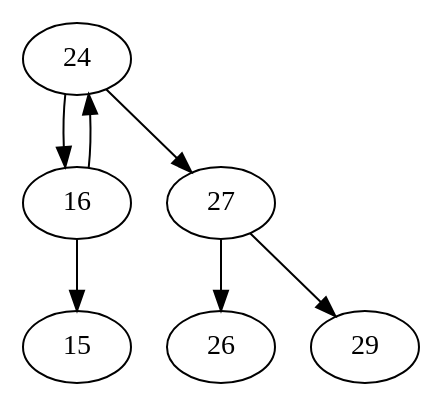
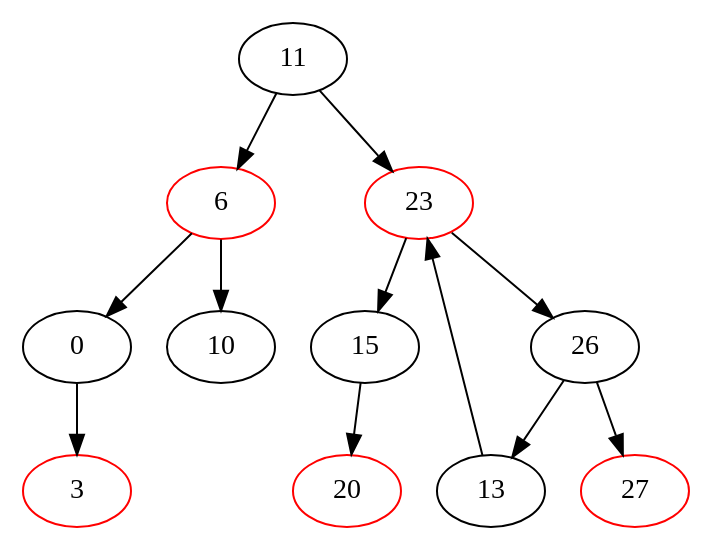
One commit to josephmate/josephmate.github.io changed the diagram in graphviz/red_black_tree_cycle.gv. Above: the diagram before and after it, drawn with Graphviz. The commit also changed 3 other files, not shown here.

```diff
--- a/graphviz/red_black_tree_cycle.gv
+++ b/graphviz/red_black_tree_cycle.gv
@@ -1,19 +1,46 @@
 digraph {
 # Loop detected
-#     15:BLACK
-#   16:BLACK
-#     24:RED CYCLE
-# 24:RED
-#     26:RED
-#   27:BLACK
-#     29:RED
+#    0:BLACK
+#      3:RED
+#  6:RED
+#    10:BLACK
+#11:BLACK
+#    15:BLACK
+#      20:RED
+#  23:RED
+#      13:BLACK
+#        23:RED CYCLE
+#    26:BLACK
+#      27:RED
 
-24 -> 16
-24 -> 27
+11 [color="black"]
+6 [color="red"]
+23 [color="red"]
+11 -> 6
+11 -> 23
 
-16 -> 15
-16 -> 24
 
-27 -> 26
-27 -> 29
+0 [color="black"]
+10 [color="black"]
+6 -> 0
+6 -> 10
+
+3 [color="red"]
+0 -> 3
+
+15 [color="black"]
+26 [color="black"]
+23 -> 15
+23 -> 26
+
+20 [color="red"]
+15 -> 20
+
+
+13 [color="black"]
+27  [color="red"]
+26 -> 13
+26 -> 27
+
+13 -> 23
 }
```
